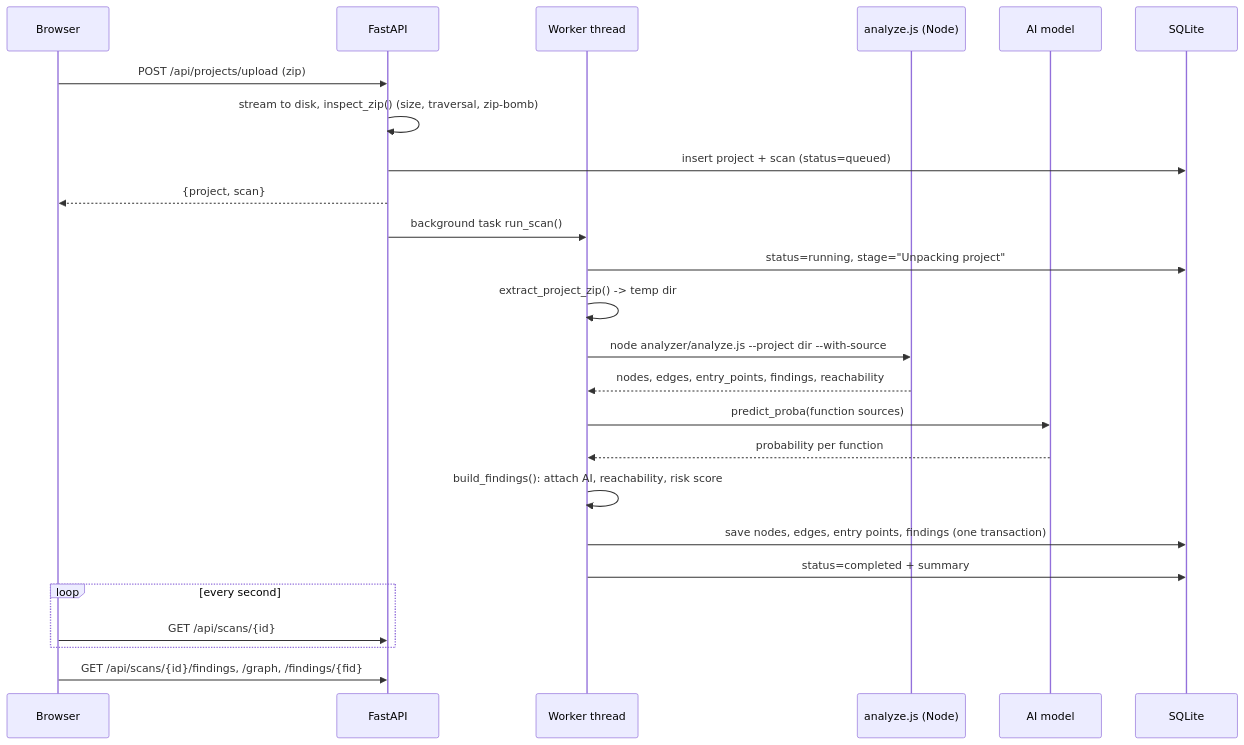
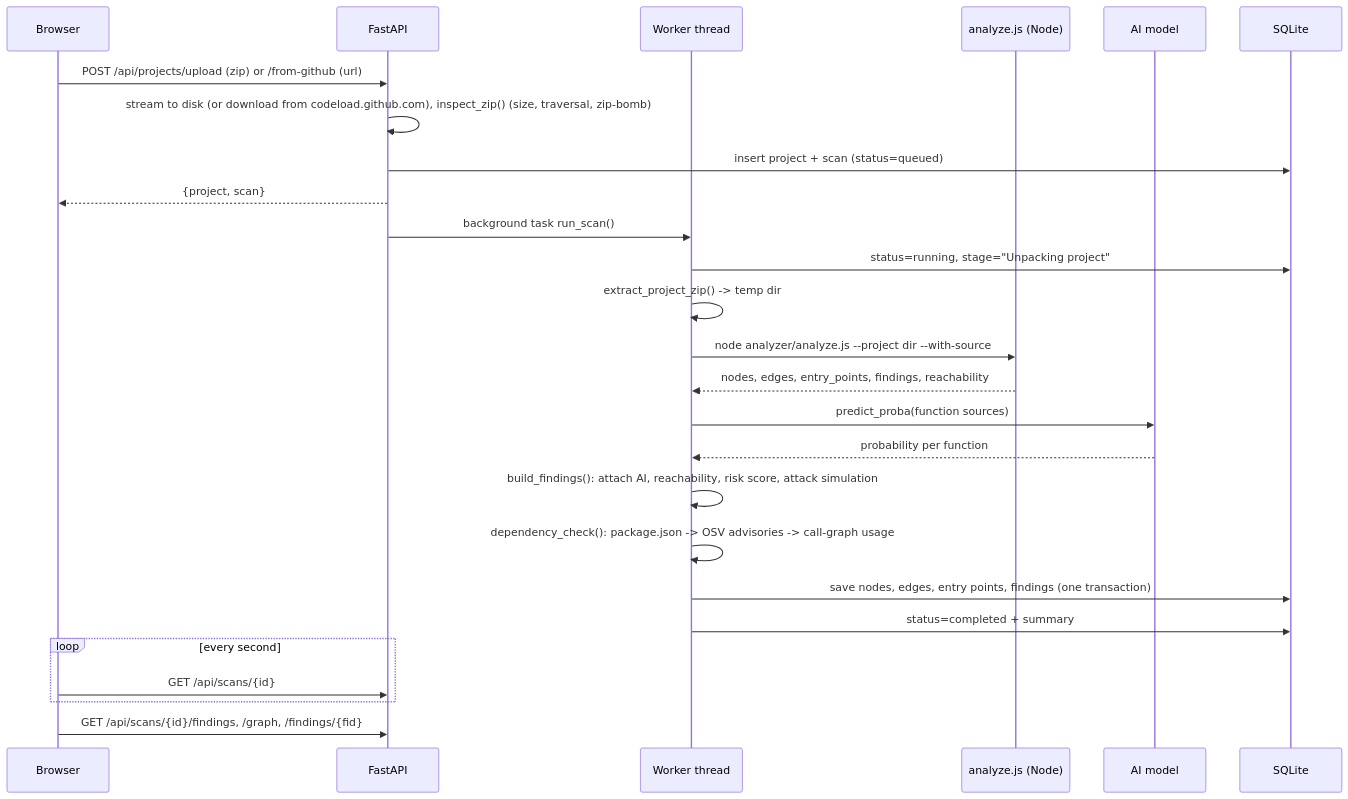
The second of 3 diagrams in docs/ARCHITECTURE.md (HardikChawhan/ReachPrioritizer), drawn with Mermaid before and after one commit. The commit also changed other lines of this file and 47 other files, not shown here.

Commit message:
Add GitHub scan, compare scans, attack simulator and dependency check

````diff
--- a/docs/ARCHITECTURE.md
+++ b/docs/ARCHITECTURE.md
@@ -55,27 +55,28 @@
 ```mermaid
 sequenceDiagram
   participant B as Browser
   participant API as FastAPI
   participant W as Worker thread
   participant N as analyze.js (Node)
   participant M as AI model
   participant DB as SQLite
-  B->>API: POST /api/projects/upload (zip)
-  API->>API: stream to disk, inspect_zip() (size, traversal, zip-bomb)
+  B->>API: POST /api/projects/upload (zip) or /from-github (url)
+  API->>API: stream to disk (or download from codeload.github.com), inspect_zip() (size, traversal, zip-bomb)
   API->>DB: insert project + scan (status=queued)
   API-->>B: {project, scan}
   API->>W: background task run_scan()
   W->>DB: status=running, stage="Unpacking project"
   W->>W: extract_project_zip() -> temp dir
   W->>N: node analyzer/analyze.js --project dir --with-source
   N-->>W: nodes, edges, entry_points, findings, reachability
   W->>M: predict_proba(function sources)
   M-->>W: probability per function
-  W->>W: build_findings(): attach AI, reachability, risk score
+  W->>W: build_findings(): attach AI, reachability, risk score, attack simulation
+  W->>W: dependency_check(): package.json -> OSV advisories -> call-graph usage
   W->>DB: save nodes, edges, entry points, findings (one transaction)
   W->>DB: status=completed + summary
   loop every second
     B->>API: GET /api/scans/{id}
   end
   B->>API: GET /api/scans/{id}/findings, /graph, /findings/{fid}
 ```
````
